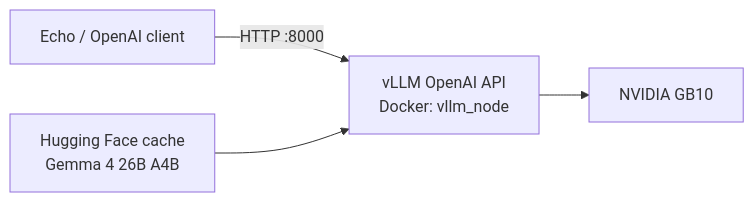
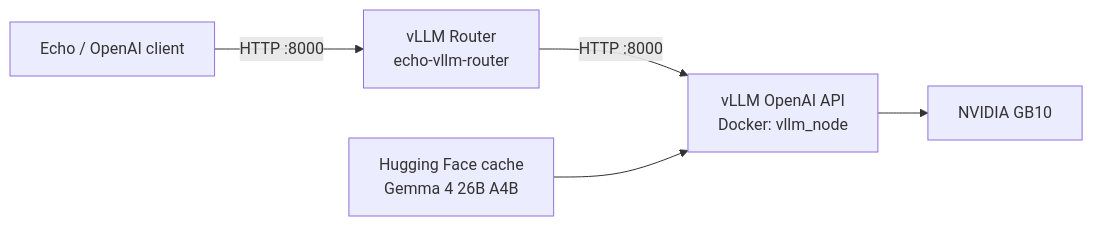
The diagram in echo-vllm/README.md (murczyk/echo), drawn with Mermaid before and after one commit. The commit also changed other lines of this file and 22 other files, not shown here.

Commit message:
implement vllm router

````diff
--- a/echo-vllm/README.md
+++ b/echo-vllm/README.md
@@ -3,6 +3,7 @@
 ```mermaid
 flowchart LR
-    Client[Echo / OpenAI client] -->|HTTP :8000| API[vLLM OpenAI API<br/>Docker: vllm_node]
+    Client[Echo / OpenAI client] -->|HTTP :8000| Router[vLLM Router<br/>echo-vllm-router]
+    Router -->|HTTP :8000| API[vLLM OpenAI API<br/>Docker: vllm_node]
     Cache[Hugging Face cache<br/>Gemma 4 26B A4B] --> API
     API --> GPU[NVIDIA GB10]
 ```
````
